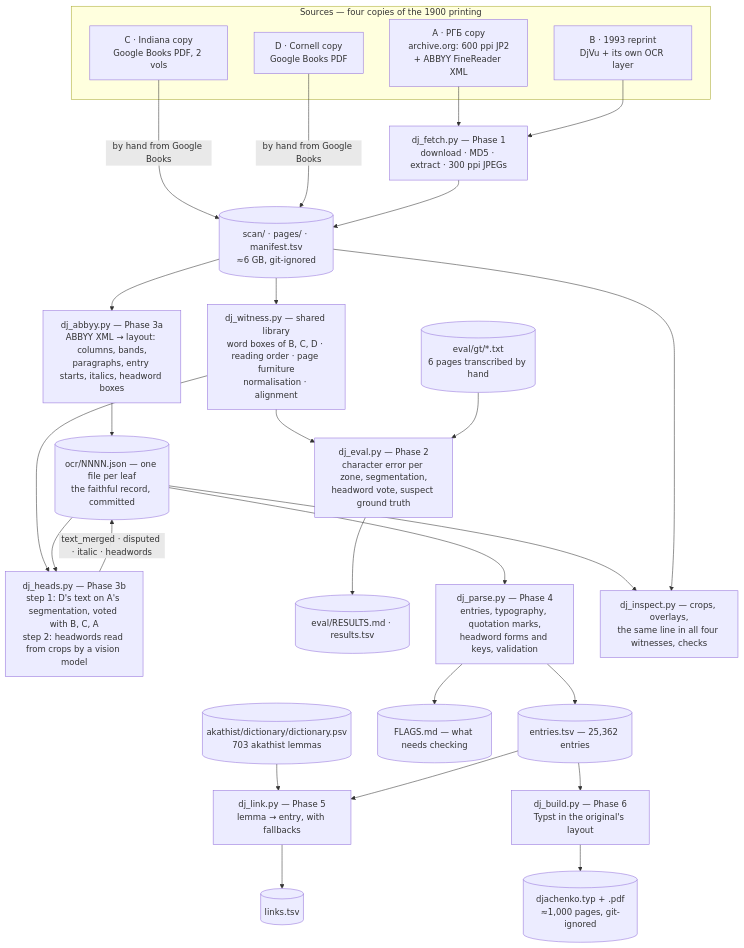
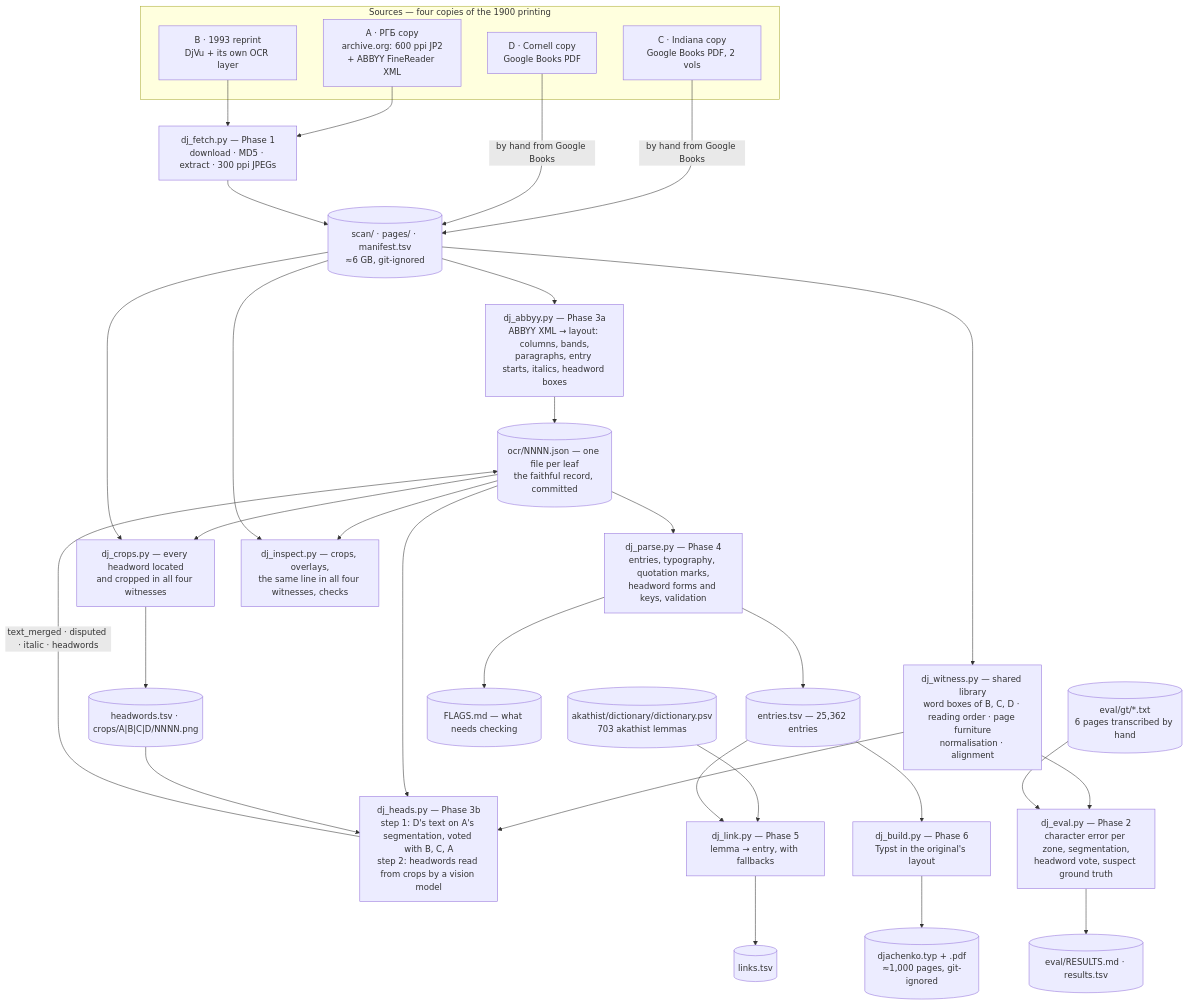
Before and after one commit to pancakescrawlspace/akafist: the diagram in README.md, drawn with Mermaid. The commit also changed other lines of this file and 5 other files, not shown here.

First line of the commit message:
Дьяченко: dj_crops.py and headwords.tsv — the headword of every entry in all four witnesses

````diff
--- a/README.md
+++ b/README.md
@@ -176,42 +176,47 @@
 ```mermaid
 flowchart TD
     subgraph SRC["Sources — four copies of the 1900 printing"]
         WA["A · РГБ copy<br/>archive.org: 600 ppi JP2<br/>+ ABBYY FineReader XML"]
         WB["B · 1993 reprint<br/>DjVu + its own OCR layer"]
         WC["C · Indiana copy<br/>Google Books PDF, 2 vols"]
         WD["D · Cornell copy<br/>Google Books PDF"]
     end
 
     WA --> FETCH["dj_fetch.py — Phase 1<br/>download · MD5 · extract · 300 ppi JPEGs"]
     WB --> FETCH
     WC -- "by hand from Google Books" --> SCAN
     WD -- "by hand from Google Books" --> SCAN
     FETCH --> SCAN[("scan/ · pages/ · manifest.tsv<br/>≈6 GB, git-ignored")]
 
     SCAN --> ABBYY["dj_abbyy.py — Phase 3a<br/>ABBYY XML → layout: columns, bands,<br/>paragraphs, entry starts, italics, headword boxes"]
     ABBYY --> OCRJ[("ocr/NNNN.json — one file per leaf<br/>the faithful record, committed")]
 
     SCAN --> WITLIB["dj_witness.py — shared library<br/>word boxes of B, C, D · reading order · page furniture<br/>normalisation · alignment"]
 
     WITLIB --> HEADS["dj_heads.py — Phase 3b<br/>step 1: D's text on A's segmentation, voted with B, C, A<br/>step 2: headwords read from crops by a vision model"]
     OCRJ --> HEADS
     HEADS -- "text_merged · disputed · italic · headwords" --> OCRJ
 
     WITLIB --> EVAL["dj_eval.py — Phase 2<br/>character error per zone, segmentation,<br/>headword vote, suspect ground truth"]
     GT[("eval/gt/*.txt<br/>6 pages transcribed by hand")] --> EVAL
     EVAL --> RES[("eval/RESULTS.md · results.tsv")]
 
     OCRJ --> PARSE["dj_parse.py — Phase 4<br/>entries, typography, quotation marks,<br/>headword forms and keys, validation"]
     PARSE --> ENT[("entries.tsv — 25,362 entries")]
     PARSE --> FLG[("FLAGS.md — what needs checking")]
 
     PSV[("akathist/dictionary/dictionary.psv<br/>703 akathist lemmas")] --> LINK["dj_link.py — Phase 5<br/>lemma → entry, with fallbacks"]
     ENT --> LINK
     LINK --> LNK[("links.tsv")]
 
     ENT --> BUILD["dj_build.py — Phase 6<br/>Typst in the original's layout"]
     BUILD --> PDF[("djachenko.typ + .pdf<br/>≈1,000 pages, git-ignored")]
 
+    OCRJ --> CROPS["dj_crops.py — every headword located<br/>and cropped in all four witnesses"]
+    SCAN --> CROPS
+    CROPS --> HW[("headwords.tsv · crops/A|B|C|D/NNNN.png")]
+    HW --> HEADS
+
     OCRJ --> INSP["dj_inspect.py — crops, overlays,<br/>the same line in all four witnesses, checks"]
     SCAN --> INSP
 ```
````
